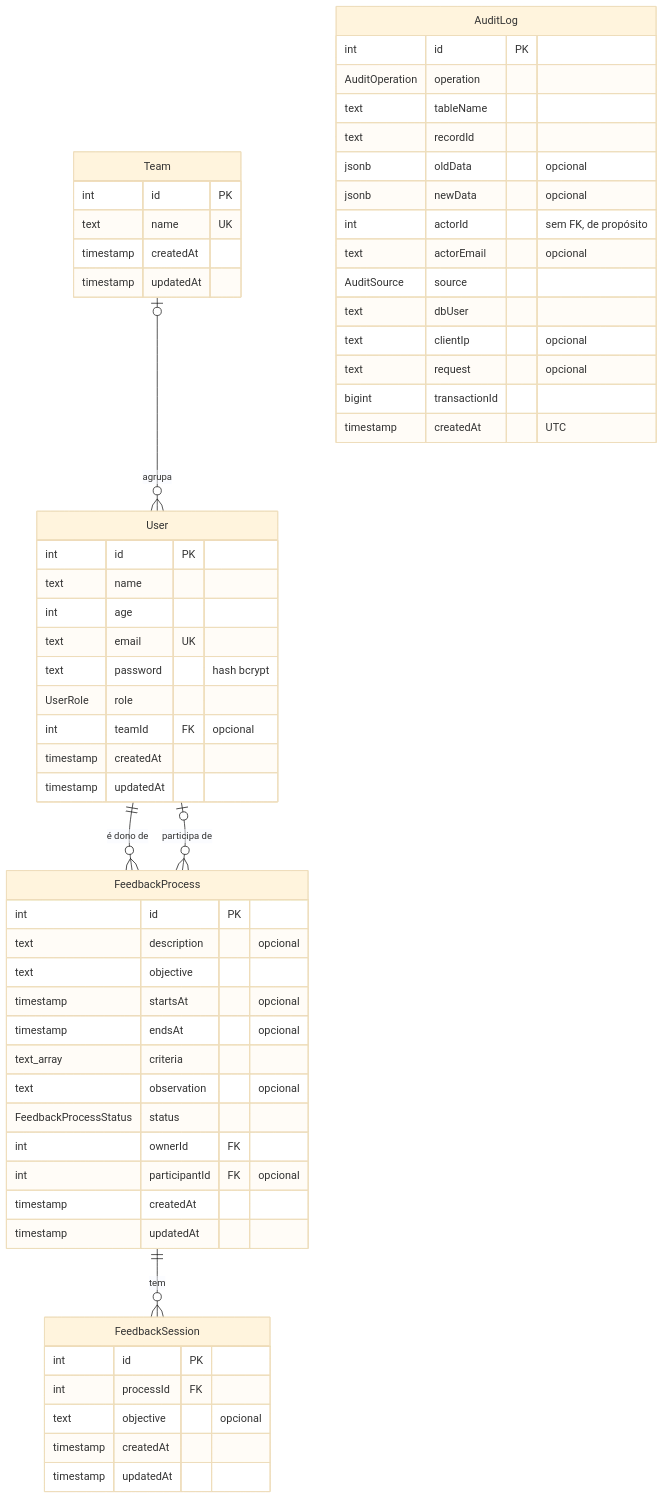
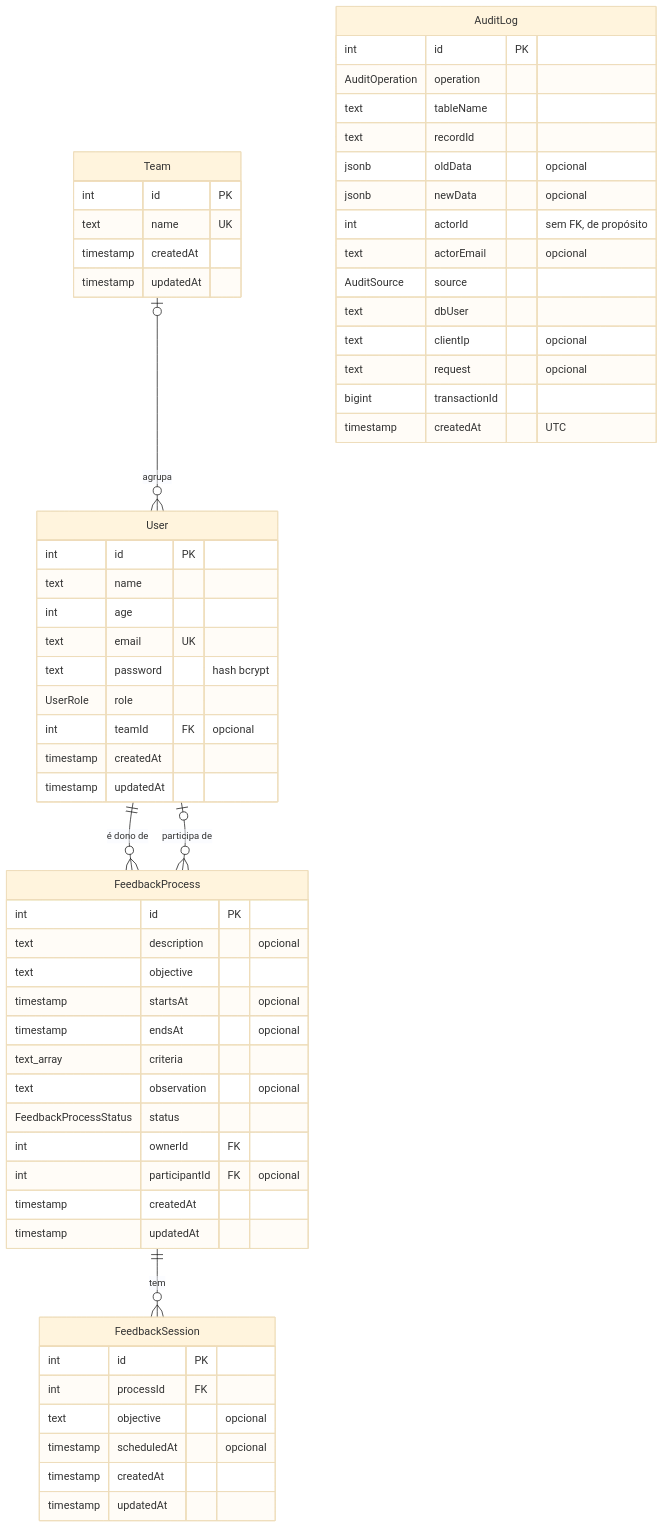
Before and after one commit to PedroLLou/tcc20261: the diagram in docs/banco-de-dados.md, drawn with Mermaid (base theme). The commit also changed other lines of this file and 17 other files, not shown here.

````diff
--- a/docs/banco-de-dados.md
+++ b/docs/banco-de-dados.md
@@ -43,62 +43,63 @@
 ```mermaid
 erDiagram
     Team |o--o{ User : "agrupa"
     User ||--o{ FeedbackProcess : "é dono de"
     User |o--o{ FeedbackProcess : "participa de"
     FeedbackProcess ||--o{ FeedbackSession : "tem"
 
     Team {
         int id PK
         text name UK
         timestamp createdAt
         timestamp updatedAt
     }
     User {
         int id PK
         text name
         int age
         text email UK
         text password "hash bcrypt"
         UserRole role
         int teamId FK "opcional"
         timestamp createdAt
         timestamp updatedAt
     }
     FeedbackProcess {
         int id PK
         text description "opcional"
         text objective
         timestamp startsAt "opcional"
         timestamp endsAt "opcional"
         text_array criteria
         text observation "opcional"
         FeedbackProcessStatus status
         int ownerId FK
         int participantId FK "opcional"
         timestamp createdAt
         timestamp updatedAt
     }
     FeedbackSession {
         int id PK
         int processId FK
         text objective "opcional"
+        timestamp scheduledAt "opcional"
         timestamp createdAt
         timestamp updatedAt
     }
     AuditLog {
         int id PK
         AuditOperation operation
         text tableName
         text recordId
         jsonb oldData "opcional"
         jsonb newData "opcional"
         int actorId "sem FK, de propósito"
         text actorEmail "opcional"
         AuditSource source
         text dbUser
         text clientIp "opcional"
         text request "opcional"
         bigint transactionId
         timestamp createdAt "UTC"
     }
 ```
````
